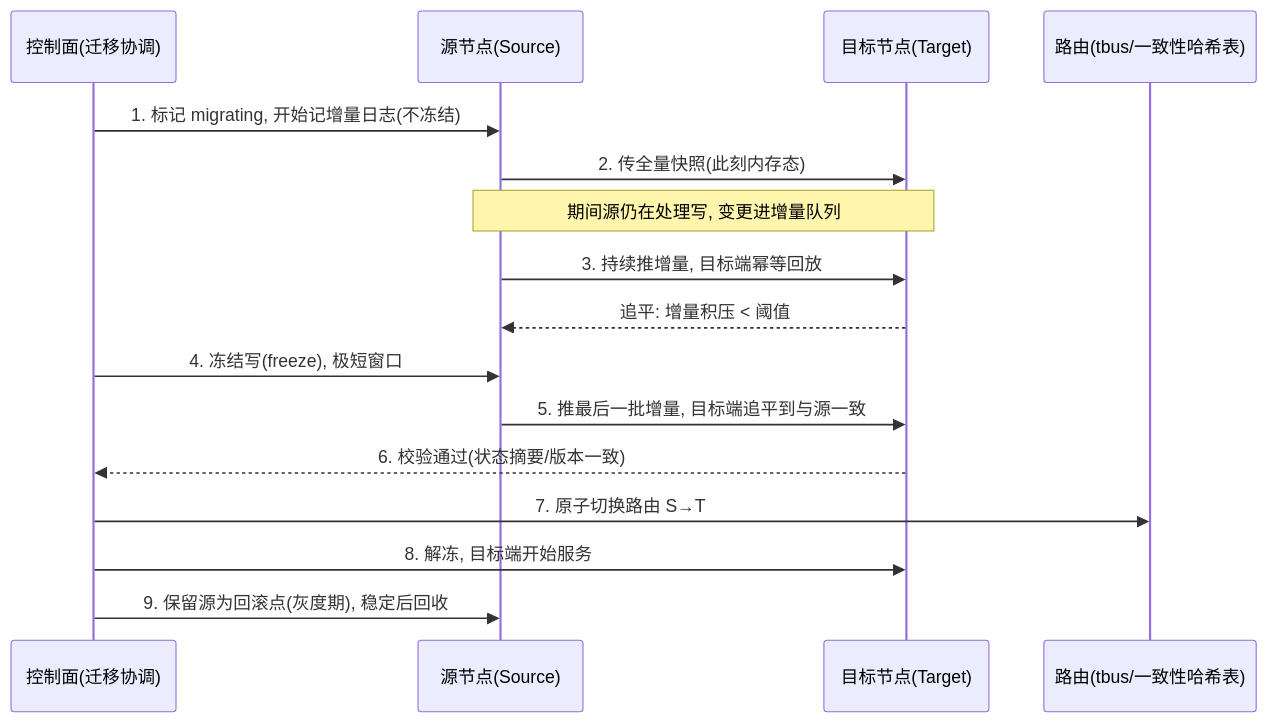
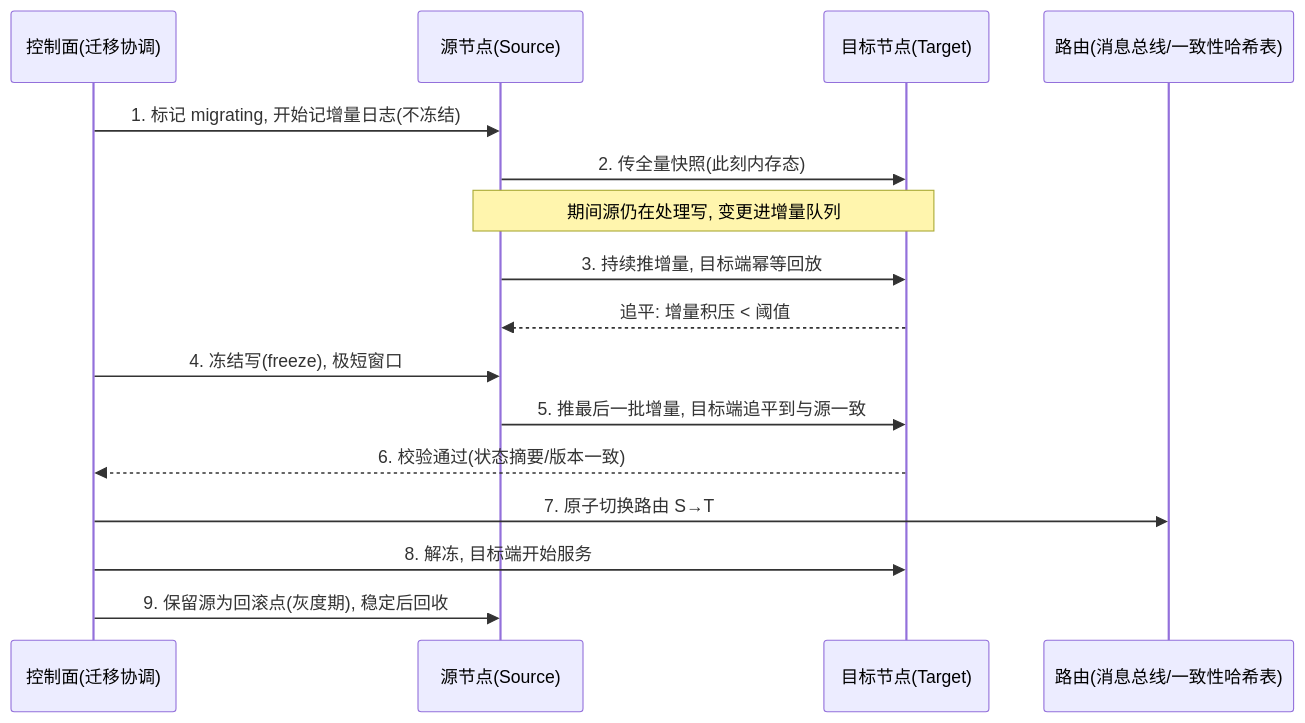
The diagram in docs/game-infra/stateful-migration.md (m9rco/interview), drawn with Mermaid before and after one commit. The commit also changed other lines of this file and 28 other files, not shown here.

````diff
--- a/docs/game-infra/stateful-migration.md
+++ b/docs/game-infra/stateful-migration.md
@@ -34,19 +34,19 @@
 ```mermaid
 sequenceDiagram
     participant CP as 控制面(迁移协调)
     participant S as 源节点(Source)
     participant T as 目标节点(Target)
-    participant R as 路由(tbus/一致性哈希表)
+    participant R as 路由(消息总线/一致性哈希表)
 
     CP->>S: 1. 标记 migrating, 开始记增量日志(不冻结)
     S->>T: 2. 传全量快照(此刻内存态)
     Note over S,T: 期间源仍在处理写, 变更进增量队列
     S->>T: 3. 持续推增量, 目标端幂等回放
     T-->>S: 追平: 增量积压 < 阈值
     CP->>S: 4. 冻结写(freeze), 极短窗口
     S->>T: 5. 推最后一批增量, 目标端追平到与源一致
     T-->>CP: 6. 校验通过(状态摘要/版本一致)
     CP->>R: 7. 原子切换路由 S→T
     CP->>T: 8. 解冻, 目标端开始服务
     CP->>S: 9. 保留源为回滚点(灰度期), 稳定后回收
 ```
````
